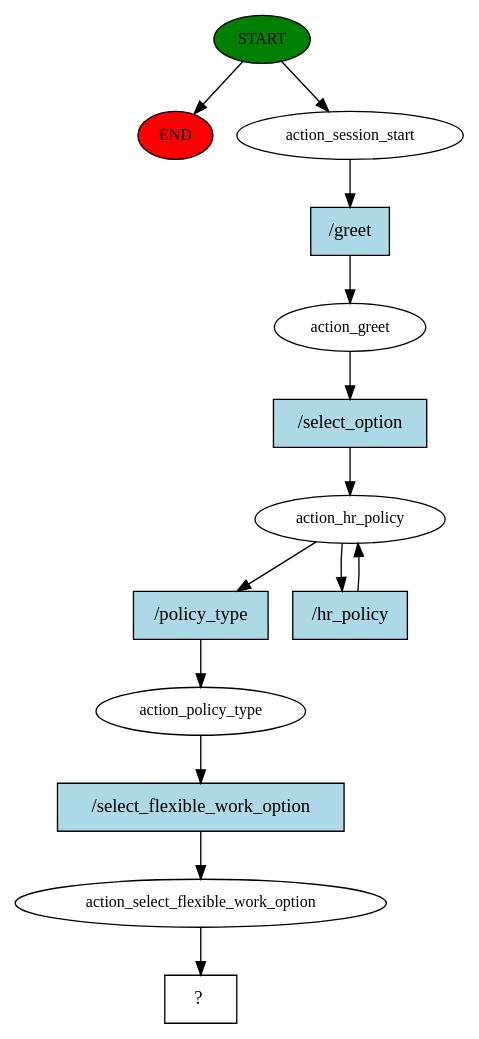
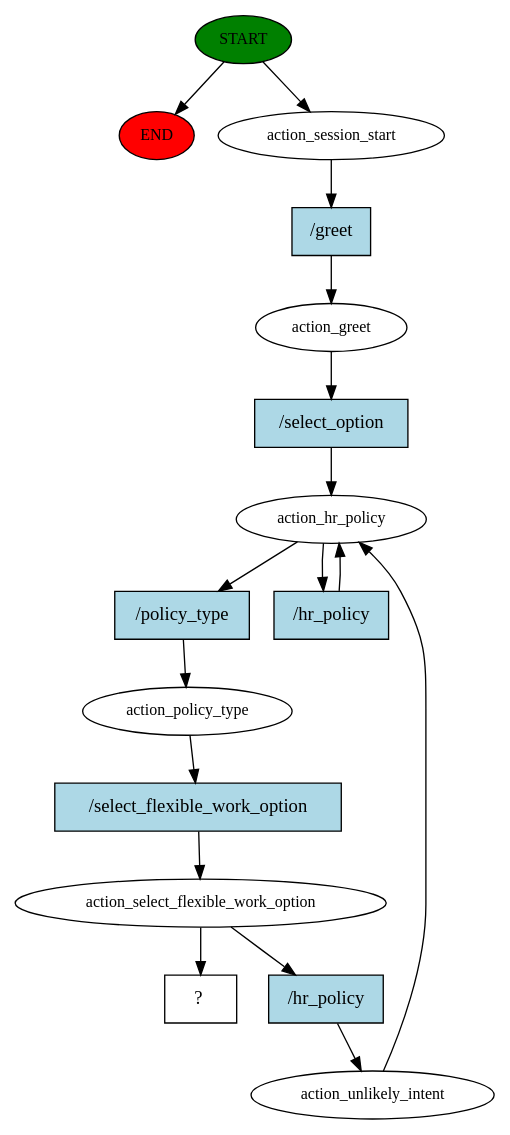
Before and after one commit to sunil-thapa99/amelio_chatbot: the diagram in story_graph.dot, drawn with Graphviz. The commit also changed 6 other files, not shown here.

Commit message:
ChatGPT prompt for select policy

```diff
--- a/story_graph.dot
+++ b/story_graph.dot
@@ -1,28 +1,33 @@
 digraph  {
 0 [class="start active", fillcolor=green, fontsize=12, label=START, style=filled];
 "-1" [class=end, fillcolor=red, fontsize=12, label=END, style=filled];
 1 [class=active, fontsize=12, label=action_session_start];
 2 [class=active, fontsize=12, label=action_greet];
 3 [class=active, fontsize=12, label=action_hr_policy];
 5 [class=active, fontsize=12, label=action_policy_type];
 6 [class=active, fontsize=12, label=action_select_flexible_work_option];
-7 [class="intent dashed active", label="  ?  ", shape=rect];
-8 [class="intent active", fillcolor=lightblue, label="/greet", shape=rect, style=filled];
-9 [class="intent active", fillcolor=lightblue, label="/select_option", shape=rect, style=filled];
-10 [class="intent active", fillcolor=lightblue, label="/policy_type", shape=rect, style=filled];
-11 [class="intent active", fillcolor=lightblue, label="/hr_policy", shape=rect, style=filled];
-12 [class="intent active", fillcolor=lightblue, label="/select_flexible_work_option", shape=rect, style=filled];
+7 [class=active, fontsize=12, label=action_unlikely_intent];
+35 [class="intent dashed active", label="  ?  ", shape=rect];
+36 [class="intent active", fillcolor=lightblue, label="/greet", shape=rect, style=filled];
+37 [class="intent active", fillcolor=lightblue, label="/select_option", shape=rect, style=filled];
+38 [class="intent active", fillcolor=lightblue, label="/policy_type", shape=rect, style=filled];
+39 [class="intent active", fillcolor=lightblue, label="/hr_policy", shape=rect, style=filled];
+40 [class="intent active", fillcolor=lightblue, label="/select_flexible_work_option", shape=rect, style=filled];
+41 [class="intent active", fillcolor=lightblue, label="/hr_policy", shape=rect, style=filled];
 0 -> "-1"  [class="", key=NONE, label=""];
 0 -> 1  [class=active, key=NONE, label=""];
-1 -> 8  [class=active, key=0];
-2 -> 9  [class=active, key=0];
-3 -> 10  [class=active, key=0];
-3 -> 11  [class=active, key=0];
-5 -> 12  [class=active, key=0];
-6 -> 7  [class=active, key=NONE, label=""];
-8 -> 2  [class=active, key=0];
-9 -> 3  [class=active, key=0];
-10 -> 5  [class=active, key=0];
-11 -> 3  [class=active, key=0];
-12 -> 6  [class=active, key=0];
+1 -> 36  [class=active, key=0];
+2 -> 37  [class=active, key=0];
+3 -> 38  [class=active, key=0];
+3 -> 39  [class=active, key=0];
+5 -> 40  [class=active, key=0];
+6 -> 35  [class=active, key=NONE, label=""];
+6 -> 41  [class=active, key=0];
+7 -> 3  [class=active, key=NONE, label=""];
+36 -> 2  [class=active, key=0];
+37 -> 3  [class=active, key=0];
+38 -> 5  [class=active, key=0];
+39 -> 3  [class=active, key=0];
+40 -> 6  [class=active, key=0];
+41 -> 7  [class=active, key=0];
 }
```
